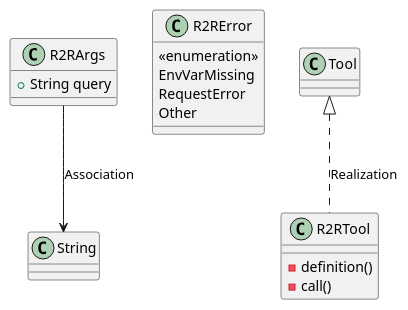
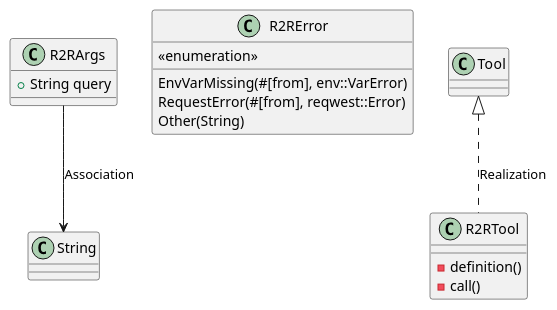
Before and after one commit to lgcorzo/fastapi-autogen-team: the first of 2 diagrams in openwiki/modules/src/infrastructure/tools/r2r.md, drawn with PlantUML. The commit also changed other lines of this file and 34 other files, not shown here.

````diff
--- a/openwiki/modules/src/infrastructure/tools/r2r.md
+++ b/openwiki/modules/src/infrastructure/tools/r2r.md
@@ -29,19 +29,19 @@
 ```plantuml
 @startuml
     class R2RArgs {
         +String query
     }
     class R2RError {
         <<enumeration>>
-        EnvVarMissing
-        RequestError
-        Other
+        EnvVarMissing(#[from], env::VarError)
+        RequestError(#[from], reqwest::Error)
+        Other(String)
     }
     class R2RTool {
         -definition()
         -call()
     }
     R2RArgs --> String : Association
     Tool <|.. R2RTool : Realization
 @enduml
 ```
````
